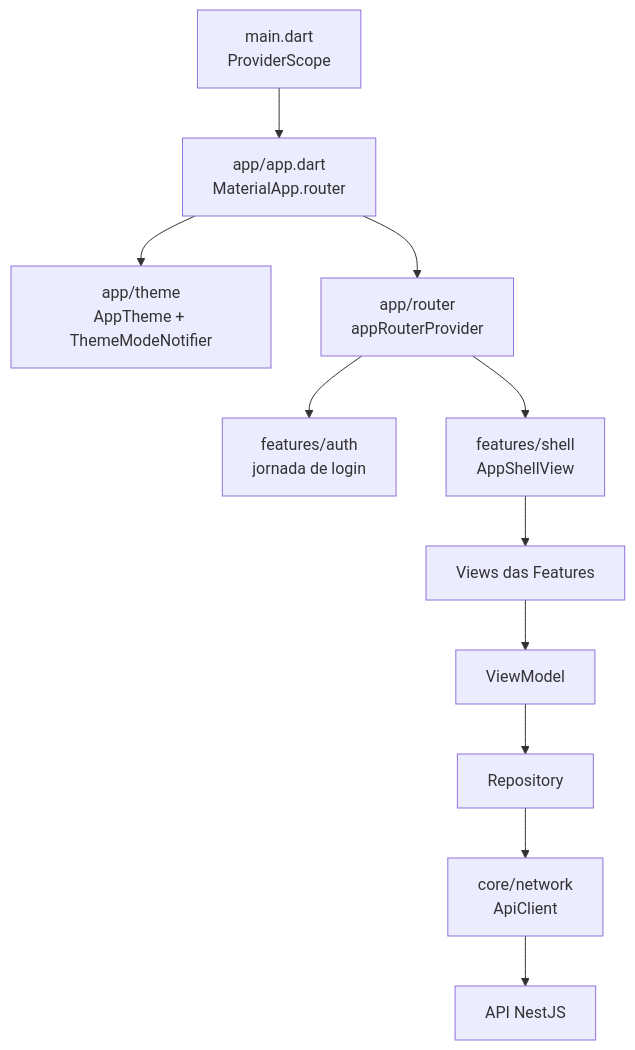
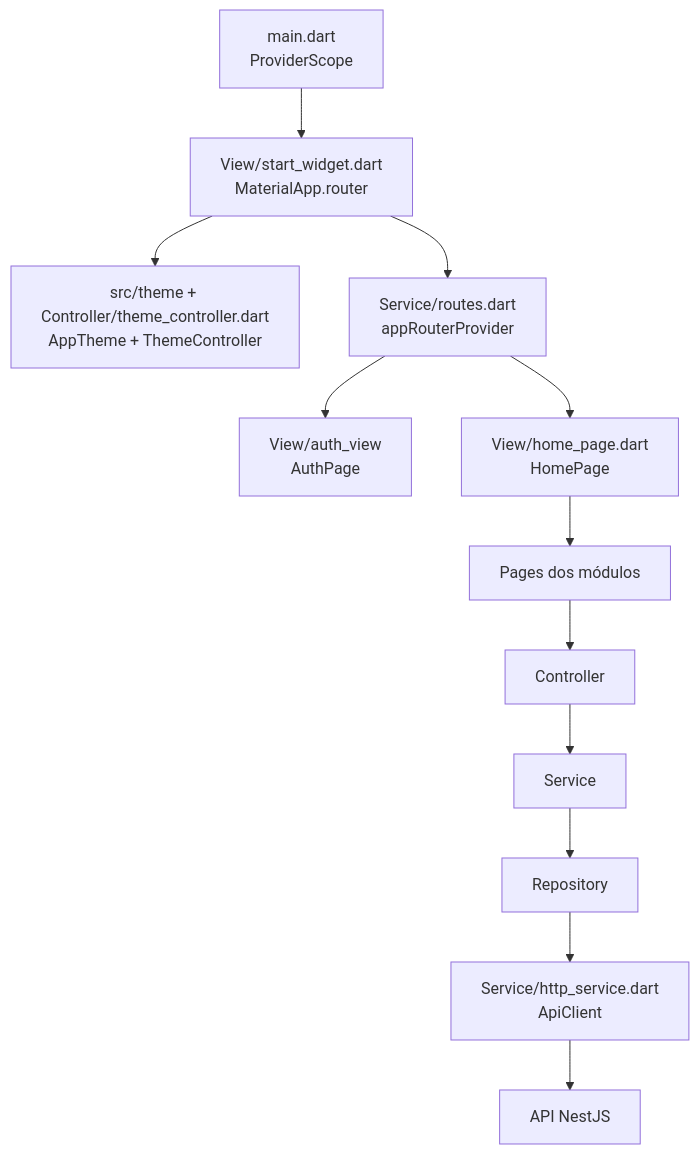
Before and after one commit to DanielSameque/Otzar: the first of 2 diagrams in frontend/docs/13-fundacao.md, drawn with Mermaid. The commit also changed other lines of this file and 85 other files, not shown here.

````diff
--- a/frontend/docs/13-fundacao.md
+++ b/frontend/docs/13-fundacao.md
@@ -23,13 +23,14 @@
 ```mermaid
 flowchart TB
-    Main["main.dart<br/>ProviderScope"] --> App["app/app.dart<br/>MaterialApp.router"]
-    App --> Theme["app/theme<br/>AppTheme + ThemeModeNotifier"]
-    App --> Router["app/router<br/>appRouterProvider"]
-    Router --> Auth["features/auth<br/>jornada de login"]
-    Router --> Shell["features/shell<br/>AppShellView"]
-    Shell --> Feature["Views das Features"]
-    Feature --> ViewModel["ViewModel"]
-    ViewModel --> Repository["Repository"]
-    Repository --> ApiClient["core/network<br/>ApiClient"]
+    Main["main.dart<br/>ProviderScope"] --> App["View/start_widget.dart<br/>MaterialApp.router"]
+    App --> Theme["src/theme + Controller/theme_controller.dart<br/>AppTheme + ThemeController"]
+    App --> Router["Service/routes.dart<br/>appRouterProvider"]
+    Router --> Auth["View/auth_view<br/>AuthPage"]
+    Router --> Shell["View/home_page.dart<br/>HomePage"]
+    Shell --> Page["Pages dos módulos"]
+    Page --> Controller["Controller"]
+    Controller --> Service["Service"]
+    Service --> Repository["Repository"]
+    Repository --> ApiClient["Service/http_service.dart<br/>ApiClient"]
     ApiClient --> API["API NestJS"]
 ```
````
